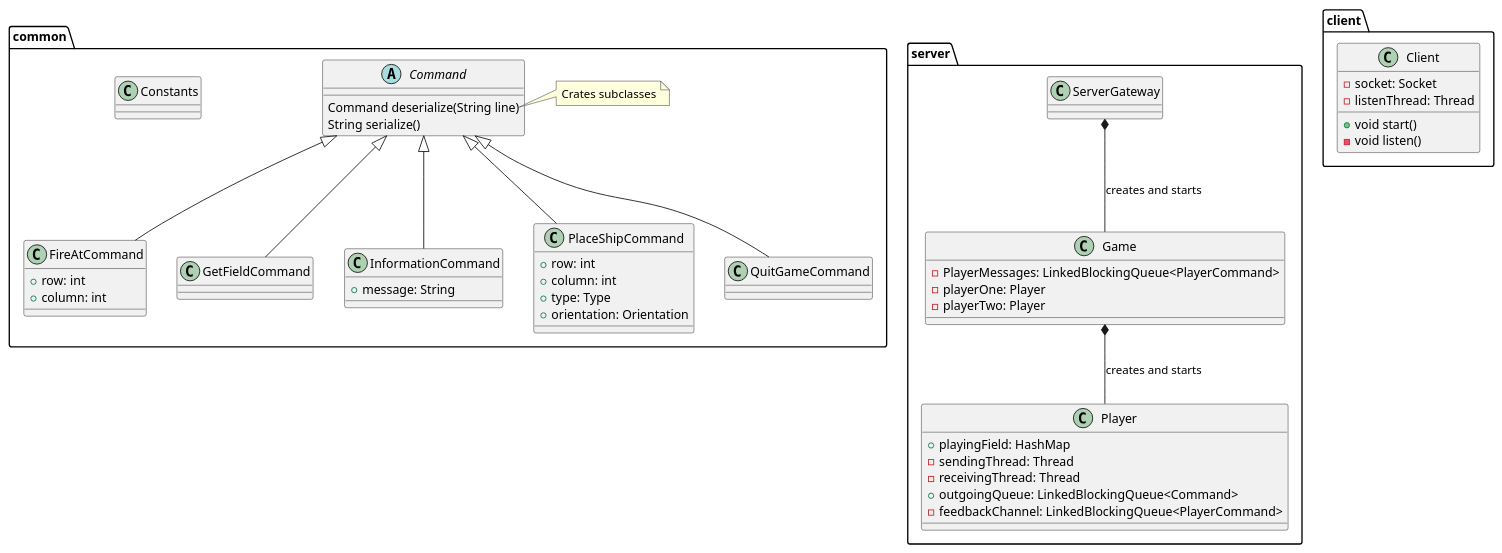
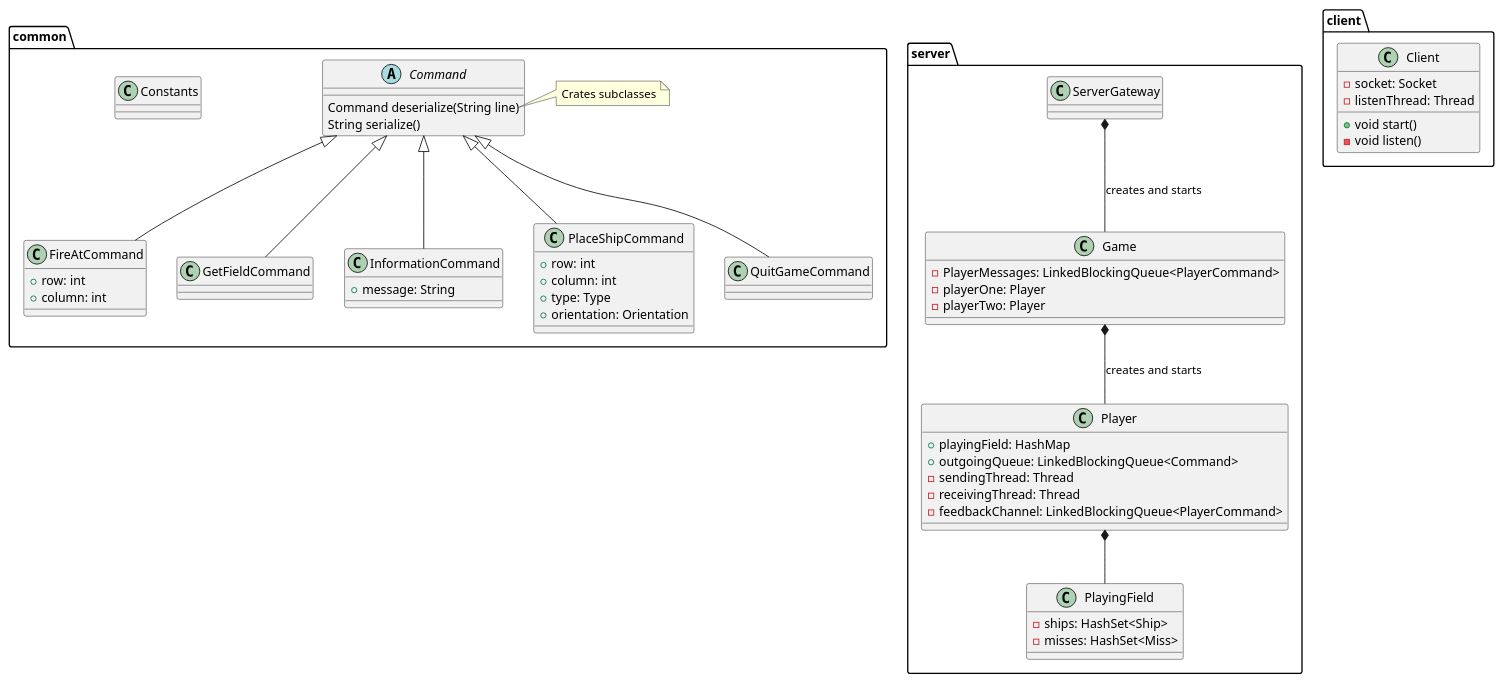
The diagram in Game.puml (pohuing/Battleships), drawn with PlantUML before and after one commit. The commit also changed 4 other files, not shown here.

```diff
--- a/Game.puml
+++ b/Game.puml
@@ -1,68 +1,74 @@
 @startuml
 package server{
     class ServerGateway
     ServerGateway *-- Game : creates and starts
 
     class Game{
         -PlayerMessages: LinkedBlockingQueue<PlayerCommand>
         -playerOne: Player
         -playerTwo: Player
     }
     Game *-- Player : creates and starts
 
 
     class Player{
         +playingField: HashMap
+        +outgoingQueue: LinkedBlockingQueue<Command>
         -sendingThread: Thread
         -receivingThread: Thread
-        +outgoingQueue: LinkedBlockingQueue<Command>
         -feedbackChannel: LinkedBlockingQueue<PlayerCommand>
     }
+
+    class PlayingField{
+        -ships: HashSet<Ship>
+        -misses: HashSet<Miss>
+    }
+    Player *-- PlayingField
 }
 
 package common{
     class Constants
 
     abstract class Command
         Command : Command deserialize(String line)
         Command : String serialize()
         note right of Command::deserialize
             Crates subclasses
         end note
 
     class FireAtCommand{
         +row: int
         +column: int
     }
     Command <|-- FireAtCommand
 
     class GetFieldCommand
     Command <|-- GetFieldCommand
 
     class InformationCommand
         InformationCommand : +message: String
     Command <|-- InformationCommand
 
     class PlaceShipCommand{
         +row: int
         +column: int
         +type: Type
         +orientation: Orientation
     }
     Command <|-- PlaceShipCommand
 
     class QuitGameCommand
     Command <|-- QuitGameCommand
 }
 
 package client{
     class Client{
         - socket: Socket
         -listenThread: Thread
 
         +void start()
         -void listen()
     }
 }
 
 @enduml
```
